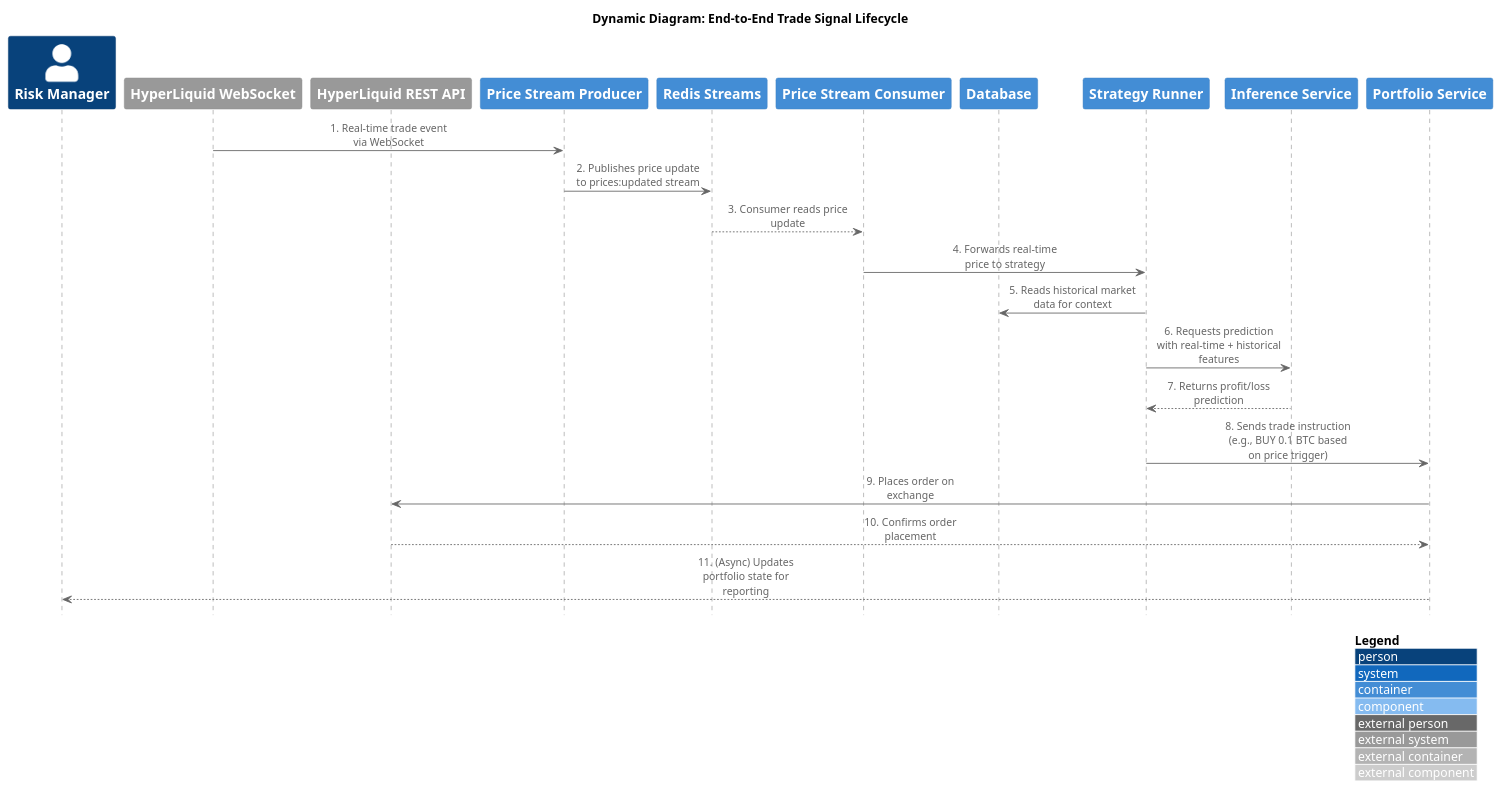
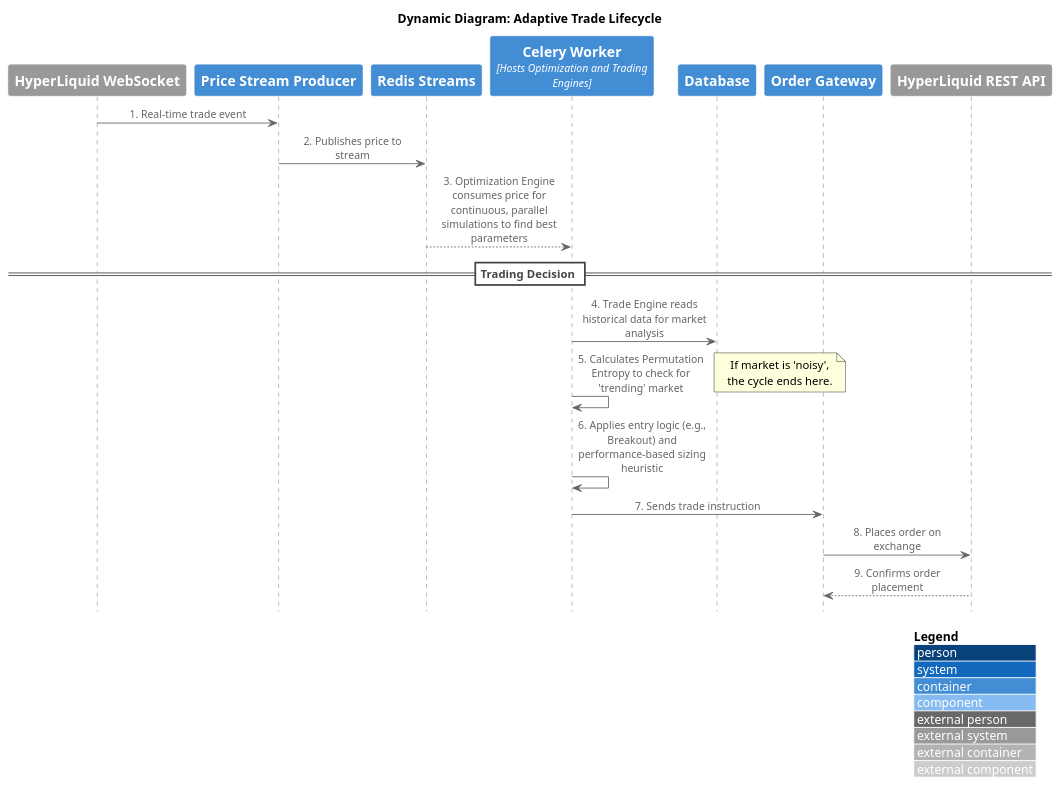
Before and after one commit to tttrisagion/3T: the diagram in docs/arch/dynamic-trade-lifecycle.puml, drawn with PlantUML. The commit also changed 23 other files, not shown here.

Commit message:
updated diagrams based on latest changes

```diff
--- a/docs/arch/dynamic-trade-lifecycle.puml
+++ b/docs/arch/dynamic-trade-lifecycle.puml
@@ -1,32 +1,33 @@
-@startuml Trade Signal Lifecycle
+@startuml Adaptive Trade Lifecycle
+
 !include <C4/C4_Sequence.puml>
 
 LAYOUT_WITH_LEGEND()
 
-title Dynamic Diagram: End-to-End Trade Signal Lifecycle
+title Dynamic Diagram: Adaptive Trade Lifecycle
 
-Person(risk_manager, "Risk Manager")
 System_Ext(hyperliquid_ws, "HyperLiquid WebSocket")
+Container(price_stream_producer, "Price Stream Producer")
+ContainerDb(redis_streams, "Redis Streams")
+Container(celery_worker, "Celery Worker", "Hosts Optimization and Trading Engines")
+ContainerDb(db, "Database")
+Container(order_gateway, "Order Gateway")
 System_Ext(hyperliquid_api, "HyperLiquid REST API")
 
-Container(price_stream_producer, "Price Stream Producer")
-ContainerDb(redis_streams, "Redis Streams")
-Container(price_stream_consumer, "Price Stream Consumer")
-ContainerDb(db, "Database")
-Container(strategy_runner, "Strategy Runner")
-Container(inference_service, "Inference Service")
-Container(portfolio_service, "Portfolio Service")
+hyperliquid_ws -> price_stream_producer: 1. Real-time trade event
+price_stream_producer -> redis_streams: 2. Publishes price to stream
+redis_streams --> celery_worker: 3. Optimization Engine consumes price for continuous, parallel simulations to find best parameters
 
-hyperliquid_ws -> price_stream_producer: 1. Real-time trade event via WebSocket
-price_stream_producer -> redis_streams: 2. Publishes price update to prices:updated stream
-redis_streams --> price_stream_consumer: 3. Consumer reads price update
-price_stream_consumer -> strategy_runner: 4. Forwards real-time price to strategy
-strategy_runner -> db: 5. Reads historical market data for context
-strategy_runner -> inference_service: 6. Requests prediction with real-time + historical features
-inference_service --> strategy_runner: 7. Returns profit/loss prediction
-strategy_runner -> portfolio_service: 8. Sends trade instruction (e.g., BUY 0.1 BTC based on price trigger)
-portfolio_service -> hyperliquid_api: 9. Places order on exchange
-hyperliquid_api --> portfolio_service: 10. Confirms order placement
-portfolio_service --> risk_manager: 11. (Async) Updates portfolio state for reporting
+== Trading Decision ==
+celery_worker -> db: 4. Trade Engine reads historical data for market analysis
+celery_worker -> celery_worker: 5. Calculates Permutation Entropy to check for 'trending' market
+note right
+  If market is 'noisy',
+  the cycle ends here.
+end note
+celery_worker -> celery_worker: 6. Applies entry logic (e.g., Breakout) and performance-based sizing heuristic
+celery_worker -> order_gateway: 7. Sends trade instruction
+order_gateway -> hyperliquid_api: 8. Places order on exchange
+hyperliquid_api --> order_gateway: 9. Confirms order placement
 
 @enduml
```
